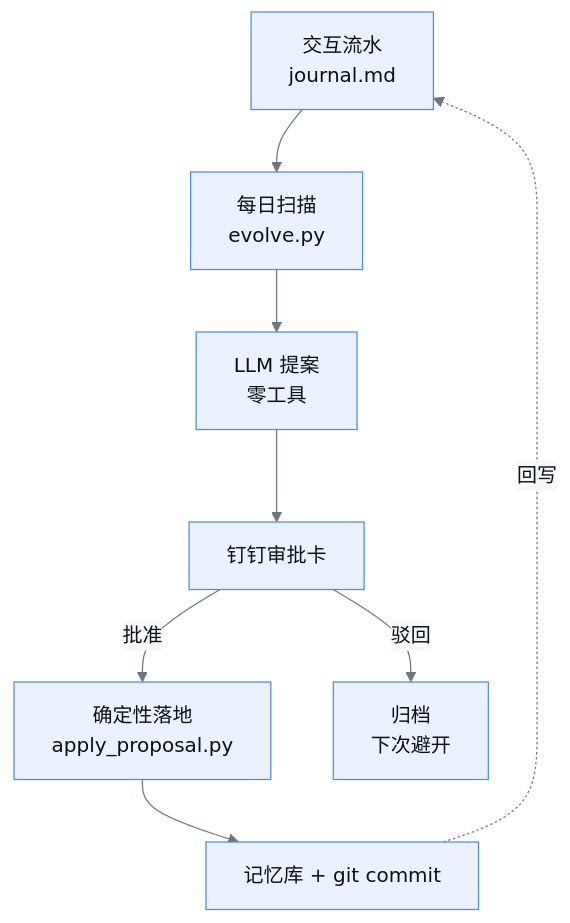
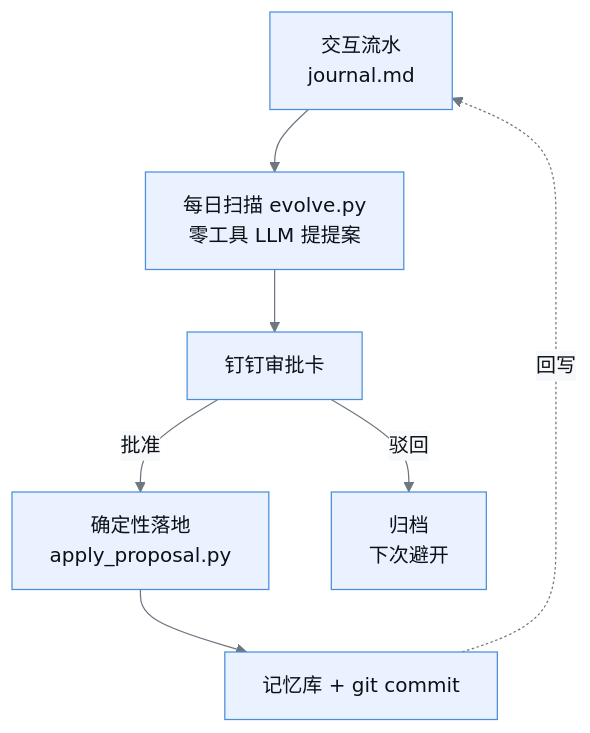
The first of 2 diagrams in README.md (Cappuccino-y/dingtalk-agent), drawn with Mermaid before and after one commit.

Commit message:
\docs(readme): 闭环图压缩一层，把「每日扫描」和「LLM 提案」并成一个节点\

````diff
--- a/README.md
+++ b/README.md
@@ -44,11 +44,10 @@
 ```mermaid
 %%{init: {'theme':'base','themeVariables':{'primaryColor':'#eaf2ff','primaryTextColor':'#0d1117','primaryBorderColor':'#4c8eda','lineColor':'#6e7781','secondaryColor':'#f6f8fa','tertiaryColor':'#ffffff','fontFamily':'ui-sans-serif, system-ui, sans-serif'}}}%%
 flowchart TB
-  J["交互流水<br/>journal.md"] --> E["每日扫描<br/>evolve.py"]
-  E --> L["LLM 提案<br/>零工具"]
-  L --> C["钉钉审批卡"]
+  J["交互流水<br/>journal.md"] --> E["每日扫描 evolve.py<br/>零工具 LLM 提提案"]
+  E --> C["钉钉审批卡"]
   C -->|批准| A["确定性落地<br/>apply_proposal.py"]
   C -->|驳回| R["归档<br/>下次避开"]
   A --> M["记忆库 + git commit"]
   M -.回写.-> J
 ```
````
